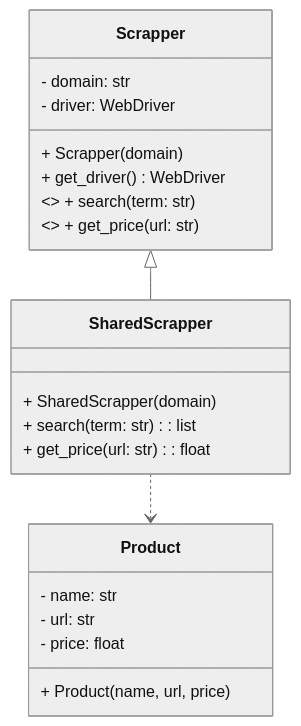
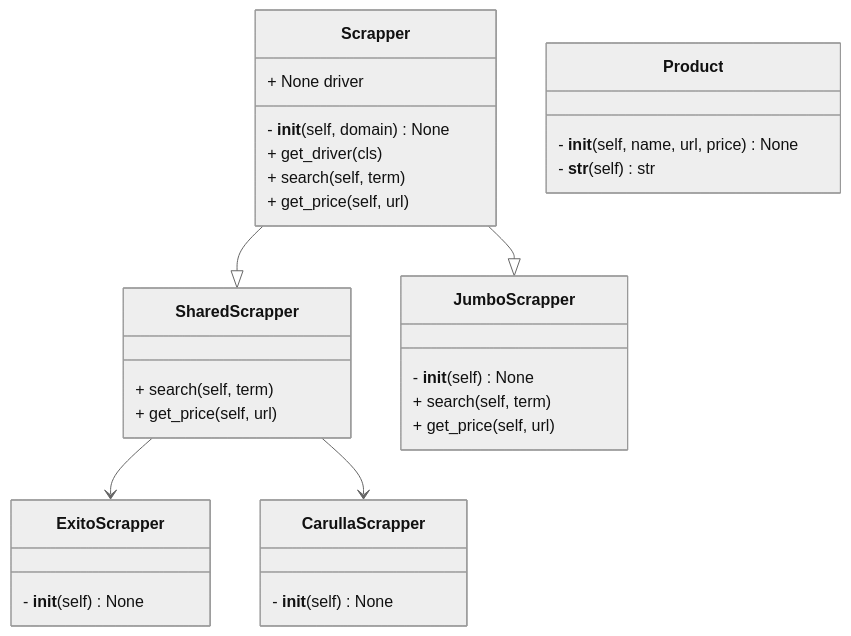
Before and after one commit to forerosantiago/price-tracker: the diagram in README.md, drawn with Mermaid (neutral theme). The commit also changed other lines of this file, not shown here.

````diff
--- a/README.md
+++ b/README.md
@@ -28,28 +29,46 @@
-   ```mermaid
-
-classDiagram
-    class Scrapper {
-        - domain: str
-        - driver: WebDriver
-        + Scrapper(domain)
-        + get_driver() WebDriver
-        <<abstract>> + search(term: str)
-        <<abstract>> + get_price(url: str)
-    }
+```mermaid
+    classDiagram
+        class Scrapper {
+        - __init__(self, domain) None
+        +  None driver
+        +  get_driver(cls)
+        +  search(self, term)
+        +  get_price(self, url)
+        }
+        
+       
+Scrapper --|> SharedScrapper
+Scrapper --|> JumboScrapper
 
     class SharedScrapper {
-        + SharedScrapper(domain)
-        + search(term: str): list
-        + get_price(url: str): float
-    }
+        +   search(self, term)
+        +   get_price(self, url)
+        }
 
-    class Product {
-        - name: str
-        - url: str
-        - price: float
-        + Product(name, url, price)
-    }
+        
+SharedScrapper --> ExitoScrapper
+SharedScrapper --> CarullaScrapper
 
-    Scrapper <|-- SharedScrapper
-    SharedScrapper ..> Product
+class ExitoScrapper {
+        -   __init__(self) None
+        }
+
+        
+
+class CarullaScrapper {
+        -   __init__(self) None
+        }
+
+       
+
+        class JumboScrapper {
+        -  __init__(self) None
+        +  search(self, term)
+        +  get_price(self, url)
+        }
+
+        class Product {
+        -  __init__(self, name, url, price) None
+        -  __str__(self) str
+        }
 ```
````
